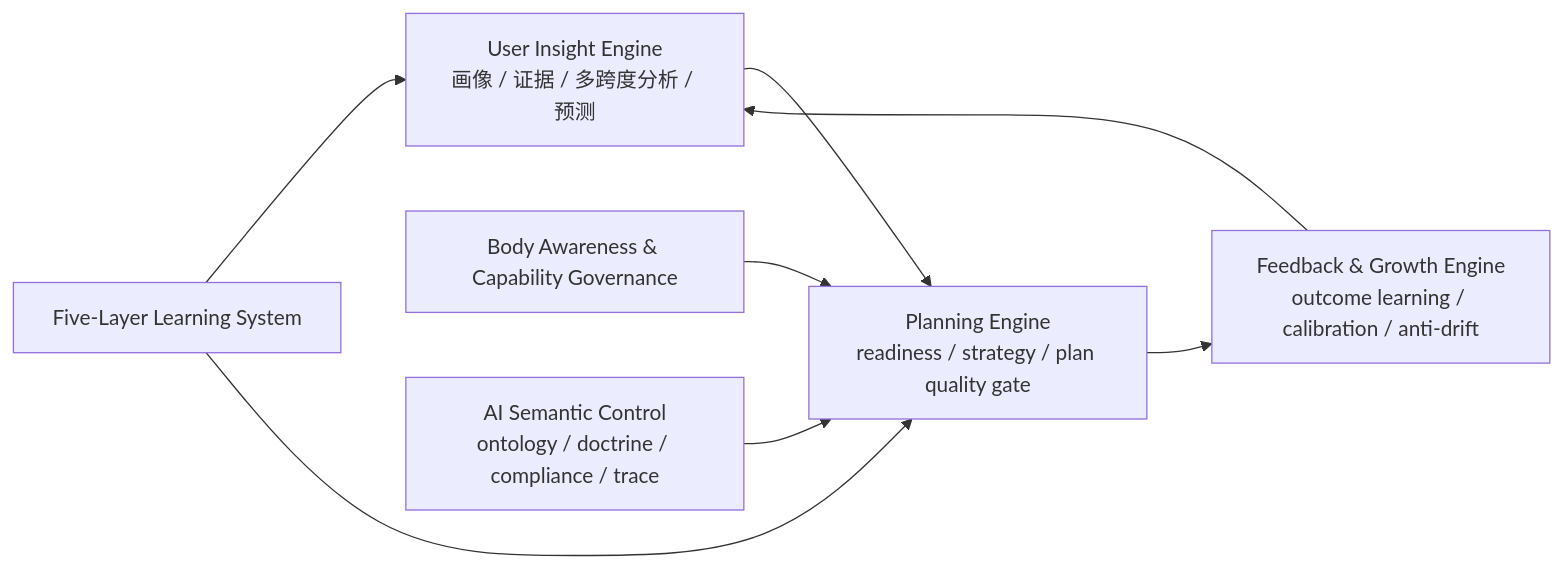
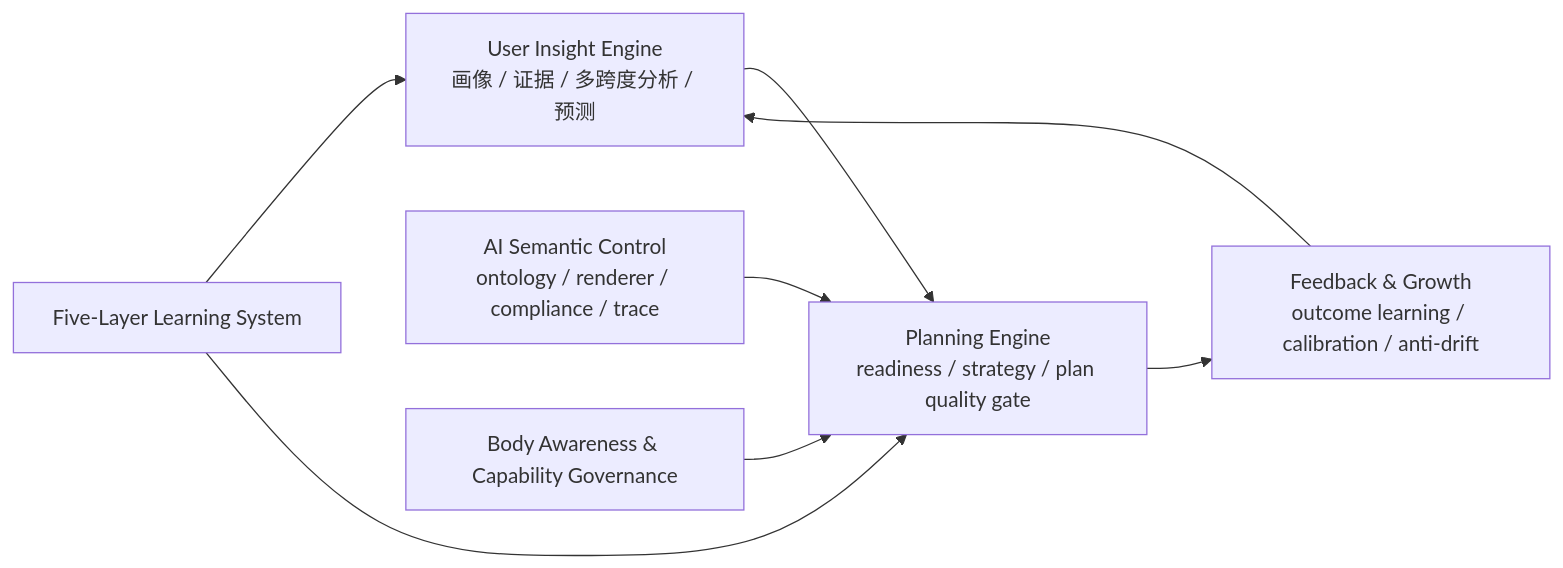
Before and after one commit to BRSAMAyu/Sparkle-project: the second of 2 diagrams in README.md, drawn with Mermaid. The commit also changed other lines of this file and 115 other files, not shown here.

````diff
--- a/README.md
+++ b/README.md
@@ -285,14 +149,14 @@
 ```mermaid
 flowchart LR
     Insight["User Insight Engine
 画像 / 证据 / 多跨度分析 / 预测"] --> Planning["Planning Engine
 readiness / strategy / plan quality gate"]
-    Planning --> Feedback["Feedback & Growth Engine
+    Planning --> Growth["Feedback & Growth
 outcome learning / calibration / anti-drift"]
-    Feedback --> Insight
+    Growth --> Insight
+    Semantic["AI Semantic Control
+ontology / renderer / compliance / trace"] --> Planning
     Body["Body Awareness & Capability Governance"] --> Planning
     Layered["Five-Layer Learning System"] --> Insight
     Layered --> Planning
-    Semantic["AI Semantic Control
-ontology / doctrine / compliance / trace"] --> Planning
 ```
````
